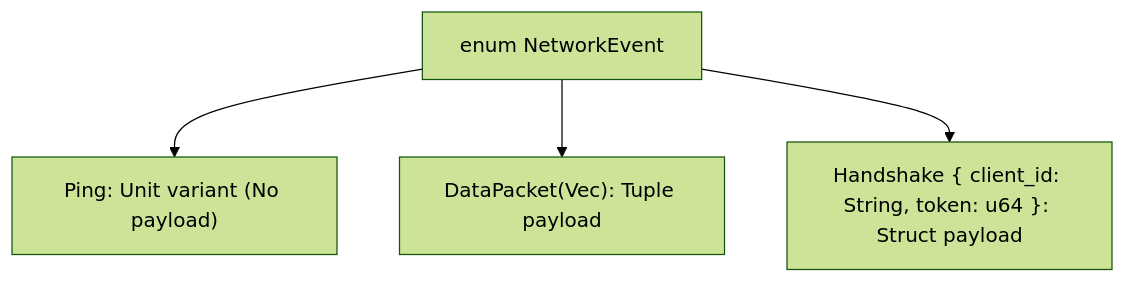
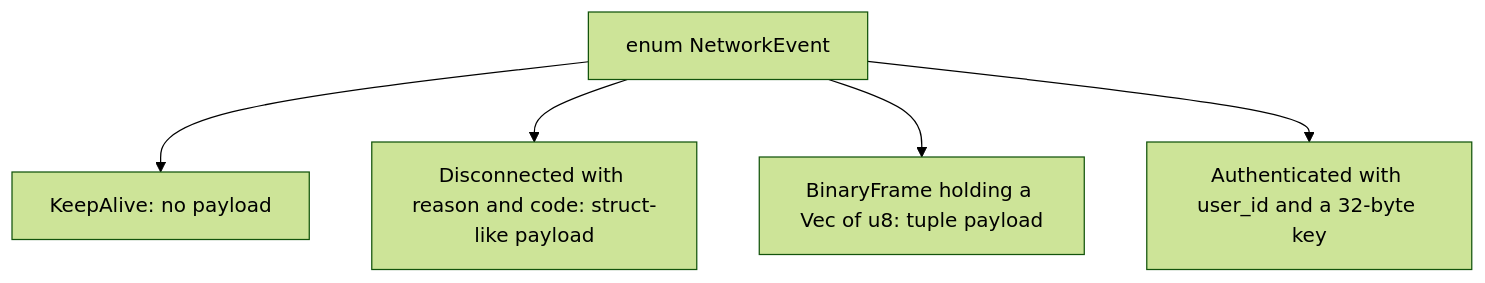
Before and after one commit to TheLearningHubOrg/learn-rust: diagram 15 of 23 in README.md, drawn with Mermaid (forest theme). The commit also changed other lines of this file and 23 other files, not shown here.

````diff
--- a/README.md
+++ b/README.md
@@ -510,6 +2044,7 @@
 ```mermaid
-graph TD
-    NetworkEvent["enum NetworkEvent"] --> Ping["Ping: Unit variant (No payload)"]
-    NetworkEvent --> DataPacket["DataPacket(Vec<u8>): Tuple payload"]
-    NetworkEvent --> Handshake["Handshake { client_id: String, token: u64 }: Struct payload"]
+flowchart TD
+    E["enum NetworkEvent"] --> K["KeepAlive: no payload"]
+    E --> D["Disconnected with reason and code: struct-like payload"]
+    E --> B["BinaryFrame holding a Vec of u8: tuple payload"]
+    E --> A["Authenticated with user_id and a 32-byte key"]
 ```
````
